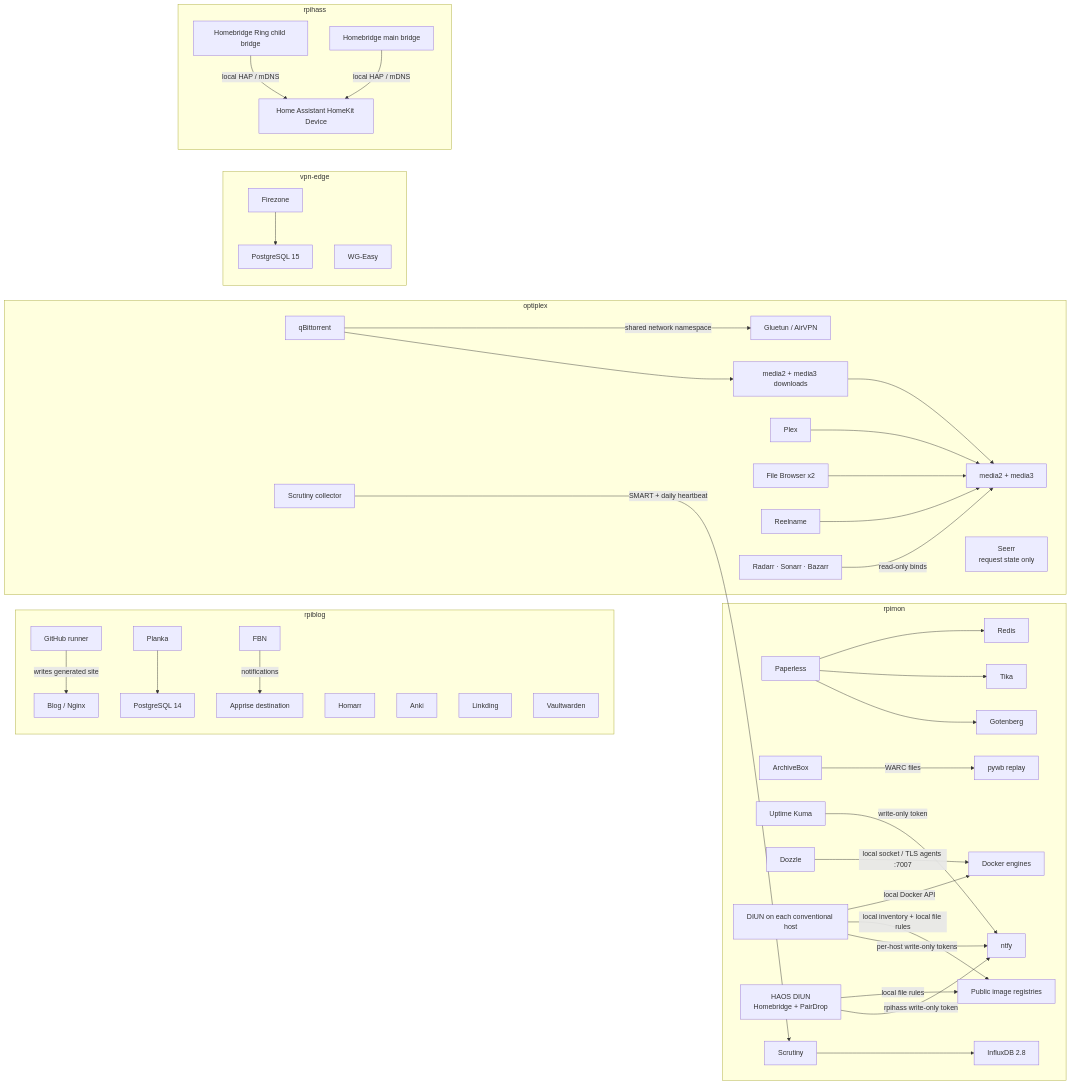
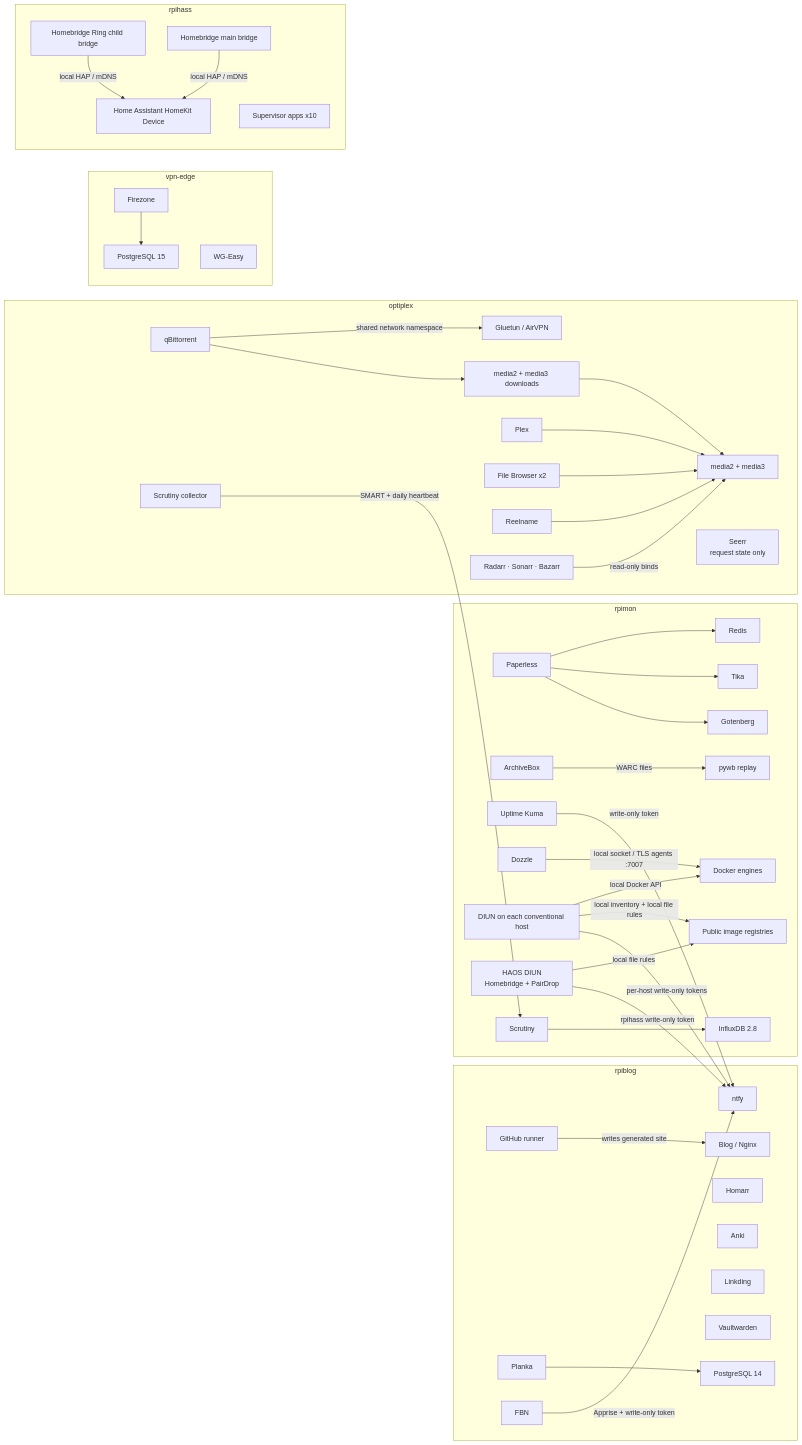
The second of 2 diagrams in docs/architecture.md (viseshrp/homelab), drawn with Mermaid before and after one commit. The commit also changed other lines of this file and 6 other files, not shown here.

````diff
--- a/docs/architecture.md
+++ b/docs/architecture.md
@@ -47,51 +47,52 @@
 ```mermaid
 flowchart LR
     registries["Public image registries"]
 
     subgraph web["rpiblog"]
         runner["GitHub runner"] -->|"writes generated site"| blog["Blog / Nginx"]
         planka["Planka"] --> plankaDb["PostgreSQL 14"]
         homarr["Homarr"]
         anki["Anki"]
         linkding["Linkding"]
         vaultwarden["Vaultwarden"]
-        fbn["FBN"] -->|"notifications"| apprise["Apprise destination"]
+        fbn["FBN"] -->|"Apprise + write-only token"| ntfy
     end
 
     subgraph observability["rpimon"]
         paperless["Paperless"] --> redis["Redis"]
         paperless --> tika["Tika"]
         paperless --> gotenberg["Gotenberg"]
         archivebox["ArchiveBox"] -->|"WARC files"| pywb["pywb replay"]
         kuma["Uptime Kuma"] -->|"write-only token"| ntfy["ntfy"]
         dozzle["Dozzle"] -->|"local socket / TLS agents :7007"| dockerHosts["Docker engines"]
         diun["DIUN on each conventional host"] -->|"local Docker API"| dockerHosts
         diun -->|"local inventory + local file rules"| registries
         diun -->|"per-host write-only tokens"| ntfy
         haosDiun["HAOS DIUN<br/>Homebridge + PairDrop"] -->|"local file rules"| registries
         haosDiun -->|"rpihass write-only token"| ntfy
         scrutiny["Scrutiny"] --> scrutinyDb["InfluxDB 2.8"]
     end
 
     subgraph media["optiplex"]
         qbit["qBittorrent"] -->|"shared network namespace"| gluetun["Gluetun / AirVPN"]
         qbit --> downloads["media2 + media3 downloads"]
         plex["Plex"] --> mediaTrees["media2 + media3"]
         filebrowser["File Browser x2"] --> mediaTrees
         reelname["Reelname"] --> mediaTrees
         mediaManagers["Radarr · Sonarr · Bazarr"] -->|"read-only binds"| mediaTrees
         seerr["Seerr<br/>request state only"]
         scrutinyCollector["Scrutiny collector"] -->|"SMART + daily heartbeat"| scrutiny
         downloads --> mediaTrees
     end
 
     subgraph remote["vpn-edge"]
         firezone["Firezone"] --> firezoneDb["PostgreSQL 15"]
         wgeasy["WG-Easy"]
     end
 
     subgraph automation["rpihass"]
         ringPlugin["Homebridge Ring child bridge"] -->|"local HAP / mDNS"| homeAssistant["Home Assistant HomeKit Device"]
         homebridge["Homebridge main bridge"] -->|"local HAP / mDNS"| homeAssistant
+        haApps["Supervisor apps x10"]
     end
 ```
````
